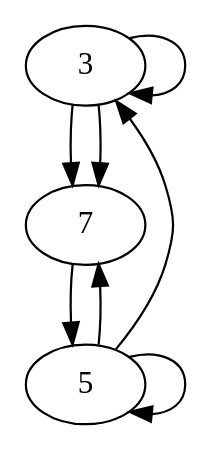
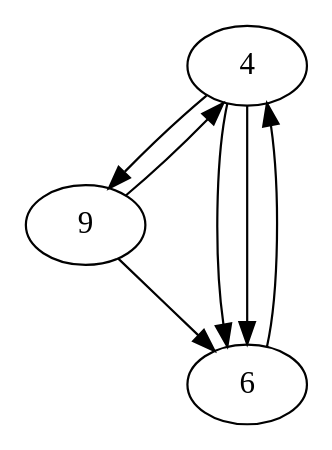
One commit to Matster07/Graph changed the diagram in graph.dot. Above: the diagram before and after it, drawn with Graphviz. The commit also changed 5 other files, not shown here.

```diff
--- a/graph.dot
+++ b/graph.dot
@@ -1,9 +1,8 @@
 digraph mainGraph {
-  3 -> 3
-  3 -> 7
-  3 -> 7
-  5 -> 5
-  5 -> 7
-  5 -> 3
-  7 -> 5
+  4 -> 9
+  4 -> 6
+  4 -> 6
+  9 -> 4
+  9 -> 6
+  6 -> 4
 }
```
